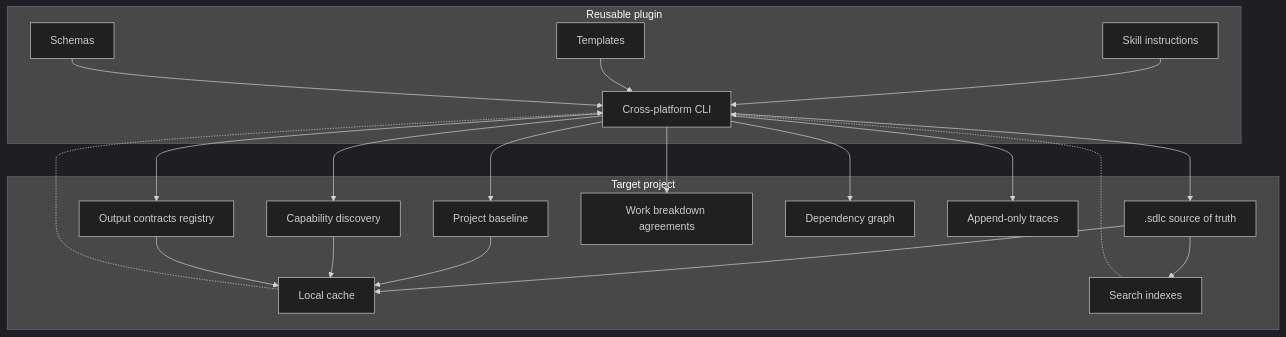
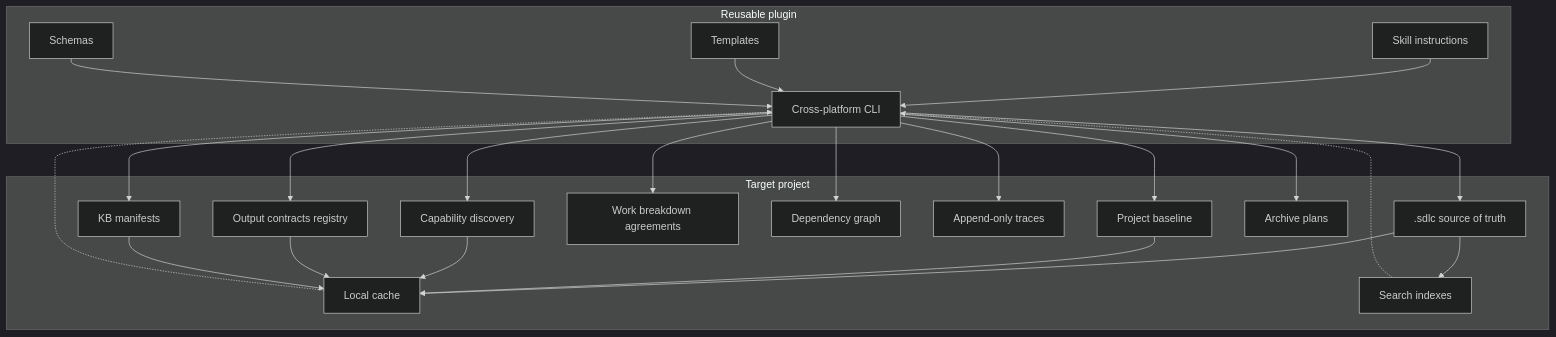
Before and after one commit to aantenore/agentic-sdlc-codex-plugin: the first of 11 diagrams in docs/architecture.md, drawn with Mermaid (dark theme). The commit also changed other lines of this file and 14 other files, not shown here.

````diff
--- a/docs/architecture.md
+++ b/docs/architecture.md
@@ -33,39 +35,44 @@
 ```mermaid
 flowchart TB
   subgraph Plugin["Reusable plugin"]
     Skill["Skill instructions"]
     Templates["Templates"]
     Schemas["Schemas"]
     CLI["Cross-platform CLI"]
   end
 
   subgraph Project["Target project"]
     KB[".sdlc source of truth"]
     Baseline["Project baseline"]
     Capabilities["Capability discovery"]
     OutputRegistry["Output contracts registry"]
     Breakdown["Work breakdown agreements"]
     Dependencies["Dependency graph"]
     Traces["Append-only traces"]
+    Manifests["KB manifests"]
+    Archive["Archive plans"]
     Cache["Local cache"]
     Indexes["Search indexes"]
   end
 
   Skill --> CLI
   Templates --> CLI
   Schemas --> CLI
   CLI --> KB
   CLI --> Baseline
   CLI --> Capabilities
   CLI --> OutputRegistry
   CLI --> Breakdown
   CLI --> Dependencies
   CLI --> Traces
+  CLI --> Manifests
+  CLI --> Archive
   KB --> Cache
   Baseline --> Cache
   Capabilities --> Cache
   KB --> Indexes
   OutputRegistry --> Cache
+  Manifests --> Cache
   Cache -.-> CLI
   Indexes -.-> CLI
 ```
````
